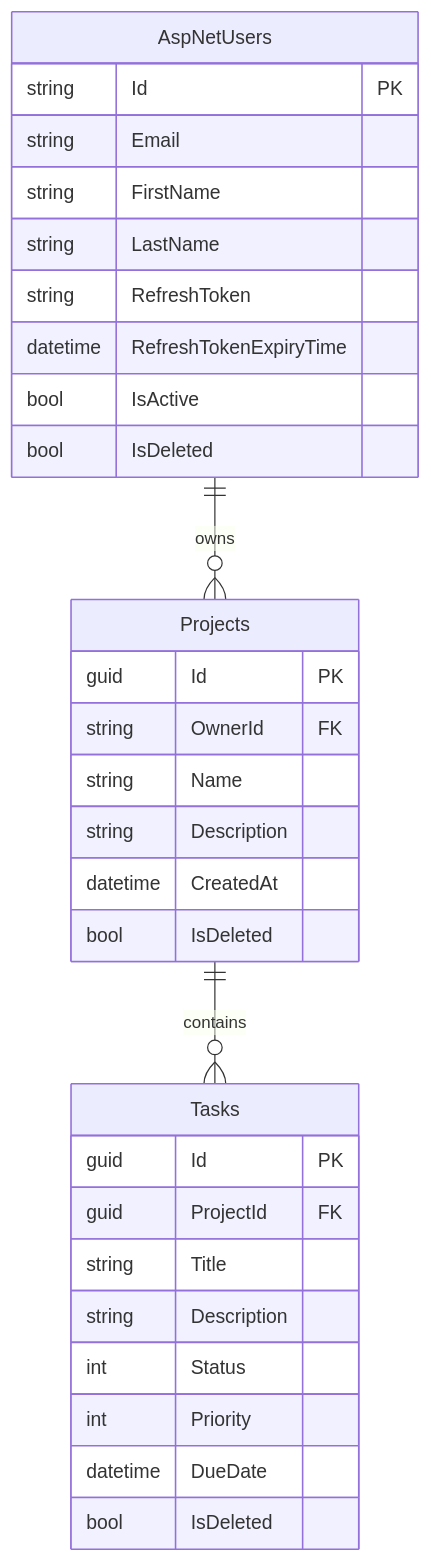
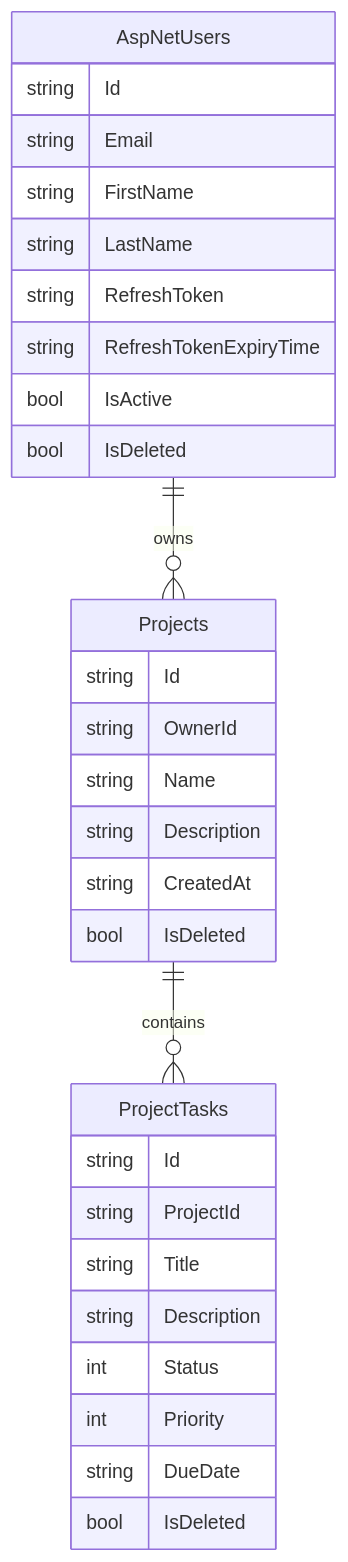
Before and after one commit to ahmed-aliii/ElectroPi-Assessment-Task: the seventh of 7 diagrams in README.md, drawn with Mermaid. The commit also changed other lines of this file, not shown here.

````diff
--- a/README.md
+++ b/README.md
@@ -579,34 +584,34 @@
 ```mermaid
 erDiagram
     AspNetUsers ||--o{ Projects : owns
-    Projects ||--o{ Tasks : contains
+    Projects ||--o{ ProjectTasks : contains
 
     AspNetUsers {
-        string Id PK
+        string Id
         string Email
         string FirstName
         string LastName
         string RefreshToken
-        datetime RefreshTokenExpiryTime
+        string RefreshTokenExpiryTime
         bool IsActive
         bool IsDeleted
     }
     Projects {
-        guid Id PK
-        string OwnerId FK
+        string Id
+        string OwnerId
         string Name
         string Description
-        datetime CreatedAt
+        string CreatedAt
         bool IsDeleted
     }
-    Tasks {
-        guid Id PK
-        guid ProjectId FK
+    ProjectTasks {
+        string Id
+        string ProjectId
         string Title
         string Description
         int Status
         int Priority
-        datetime DueDate
+        string DueDate
         bool IsDeleted
     }
 ```
````
